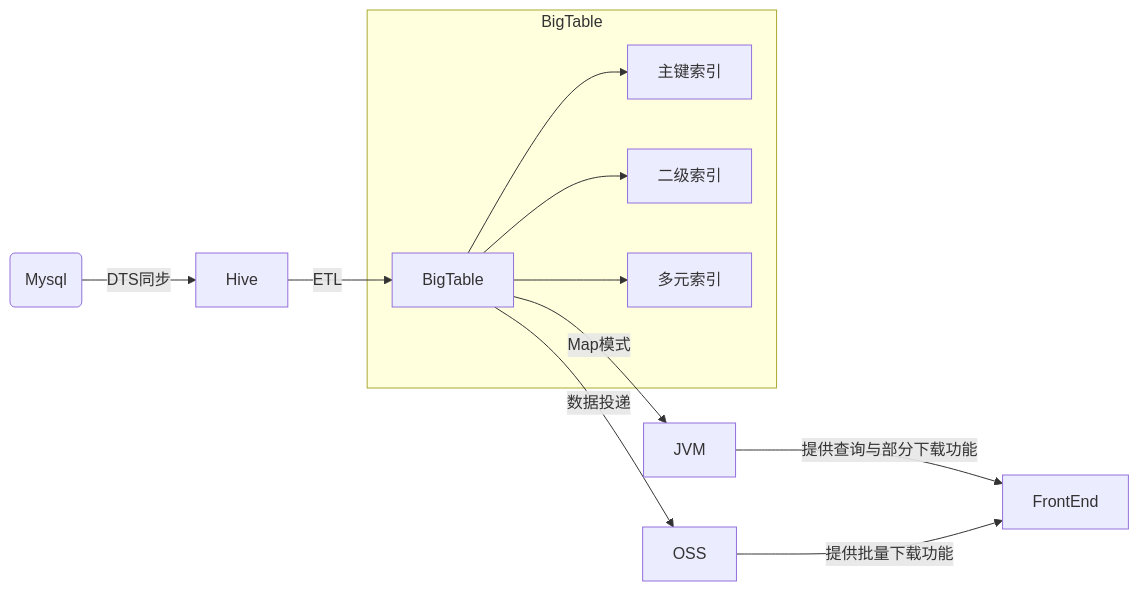
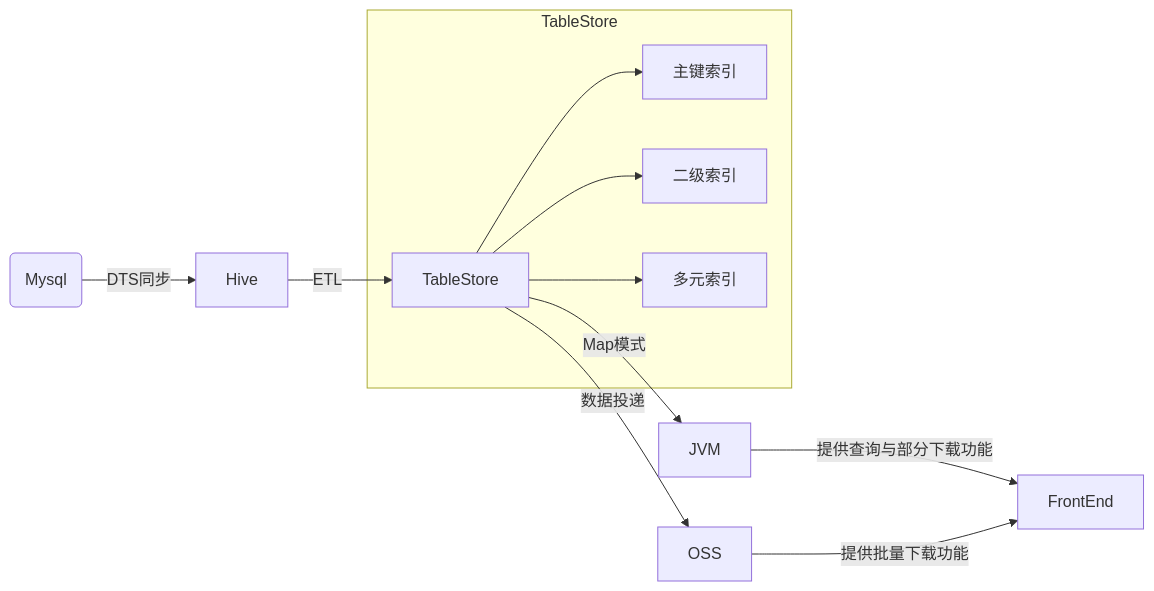
Before and after one commit to istarwyh/MyRoad: the diagram in docs/Vnote/program/practices/data/Practices for processing l0 Billion Bill data.md, drawn with Mermaid. The commit also changed other lines of this file and 7 other files, not shown here.

````diff
--- a/docs/Vnote/program/practices/data/Practices for processing l0 Billion Bill data.md
+++ b/docs/Vnote/program/practices/data/Practices for processing l0 Billion Bill data.md
@@ -25,16 +21,16 @@
 ```mermaid
 graph LR
 0(Mysql)--DTS同步-->1[Hive]--ETL-->2[BigTable]
-subgraph BigTable
-2[BigTable]
+subgraph TableStore
+2[TableStore]
 2 --> ZJSY[主键索引]
 2 --> EJSY[二级索引]
 2 --> DDSY[多元索引]
 end
 
 2 --数据投递-->3[OSS]
 2 --Map模式--> 4[JVM]
 4 --提供查询与部分下载功能--> 5[FrontEnd]
 3 --提供批量下载功能--> 5
 
 ```
````
